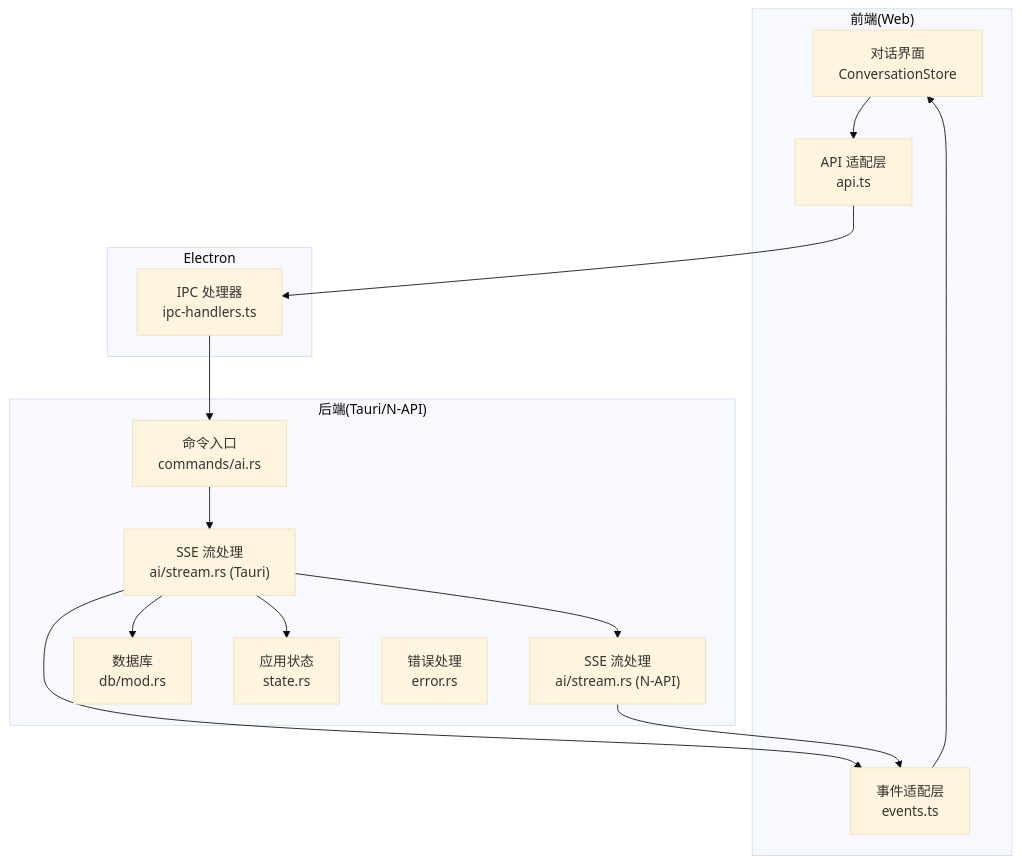
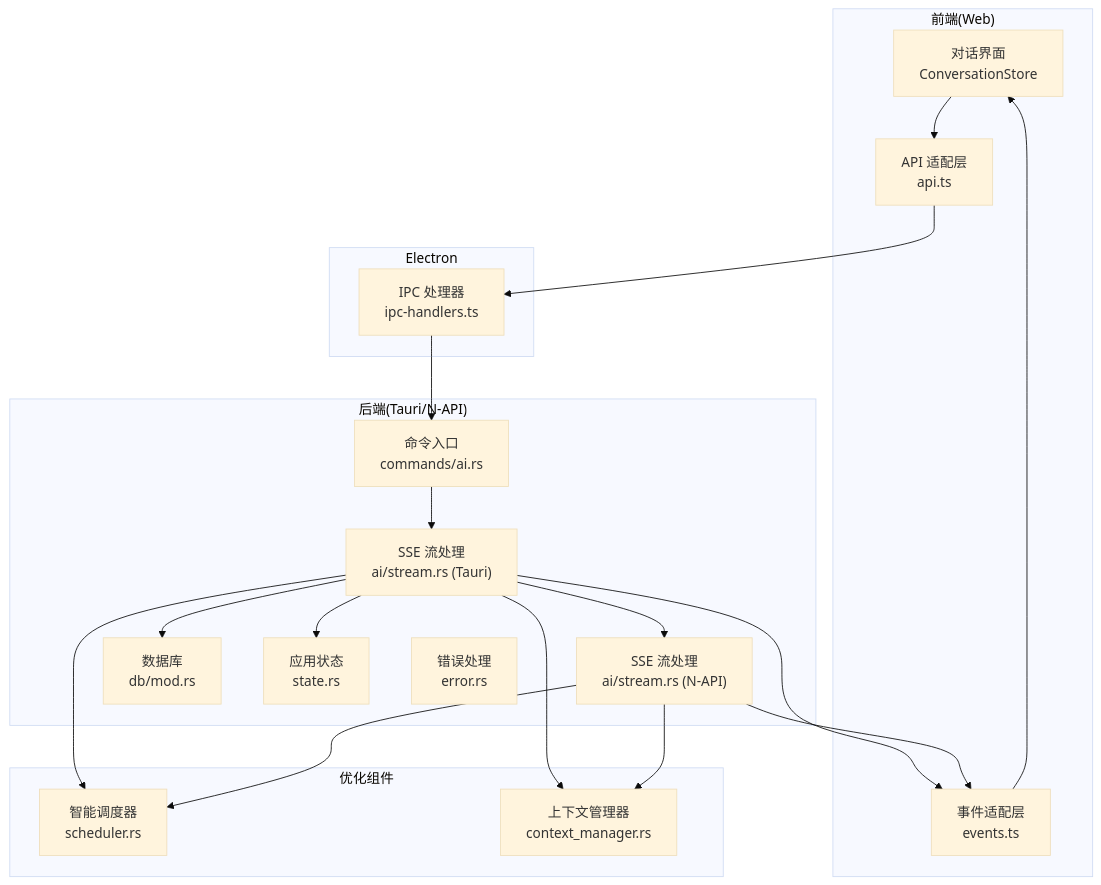
Before and after one commit to baike08/cosurf: the first of 8 diagrams in .qoder/repowiki/zh/content/AI 代理系统/流式对话机制.md, drawn with Mermaid (base theme). The commit also changed other lines of this file and 15 other files, not shown here.

````diff
--- a/.qoder/repowiki/zh/content/AI 代理系统/流式对话机制.md
+++ b/.qoder/repowiki/zh/content/AI 代理系统/流式对话机制.md
@@ -39,29 +50,37 @@
 ```mermaid
 graph TB
 subgraph "前端(Web)"
 UI["对话界面<br/>ConversationStore"]
 API["API 适配层<br/>api.ts"]
 EVT["事件适配层<br/>events.ts"]
 end
 subgraph "Electron"
 IPC["IPC 处理器<br/>ipc-handlers.ts"]
 end
 subgraph "后端(Tauri/N-API)"
 CMD["命令入口<br/>commands/ai.rs"]
 STR_T["SSE 流处理<br/>ai/stream.rs (Tauri)"]
 STR_N["SSE 流处理<br/>ai/stream.rs (N-API)"]
 DB["数据库<br/>db/mod.rs"]
 STATE["应用状态<br/>state.rs"]
 ERR["错误处理<br/>error.rs"]
 end
+subgraph "优化组件"
+SCHED["智能调度器<br/>scheduler.rs"]
+CTX["上下文管理器<br/>context_manager.rs"]
+end
 UI --> API
 API --> IPC
 IPC --> CMD
 CMD --> STR_T
 STR_T --> STR_N
+STR_T --> SCHED
+STR_T --> CTX
 STR_T --> DB
 STR_T --> STATE
 STR_T --> EVT
+STR_N --> SCHED
+STR_N --> CTX
 STR_N --> EVT
 EVT --> UI
 ```
````
